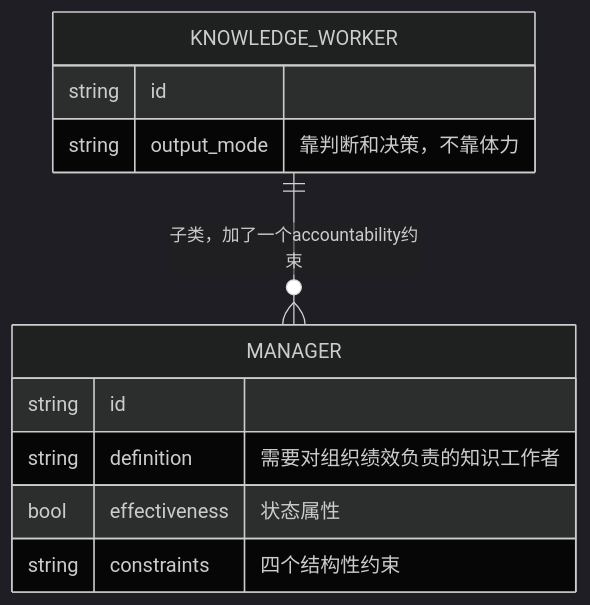
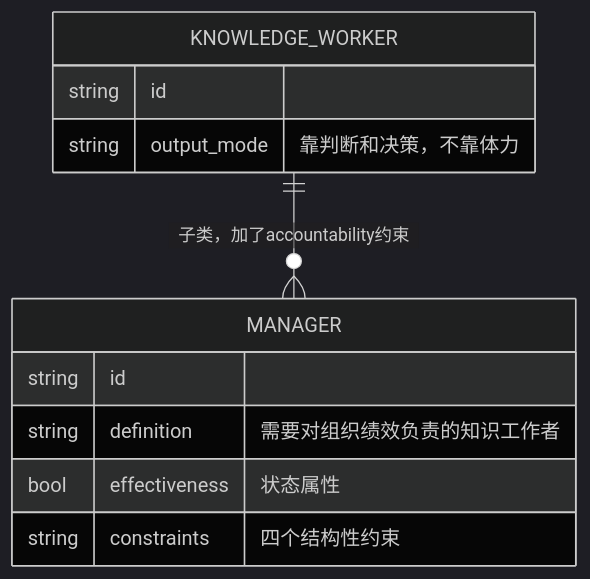
Before and after one commit to Kizero/book: the first of 2 diagrams in book26H1/shen260323/01_卓有成效是可以学到的.md, drawn with Mermaid (dark theme). The commit also changed other lines of this file and 8 other files, not shown here.

First line of the commit message:
complete rewrite of all 9 shen260323 files: mermaid + 沈老师 persona

````diff
--- a/book26H1/shen260323/01_卓有成效是可以学到的.md
+++ b/book26H1/shen260323/01_卓有成效是可以学到的.md
@@ -7,14 +7,14 @@
 ```mermaid
 erDiagram
     KNOWLEDGE_WORKER {
         string id
         string output_mode "靠判断和决策，不靠体力"
     }
     MANAGER {
         string id
         string definition "需要对组织绩效负责的知识工作者"
         bool effectiveness "状态属性"
         string constraints "四个结构性约束"
     }
-    KNOWLEDGE_WORKER ||--o{ MANAGER : "子类，加了一个accountability约束"
+    KNOWLEDGE_WORKER ||--o{ MANAGER : "子类，加了accountability约束"
 ```
````
